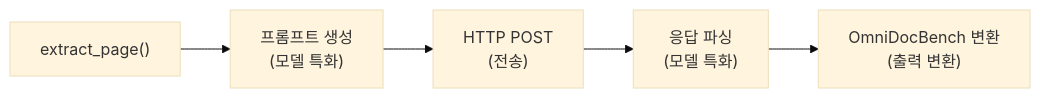
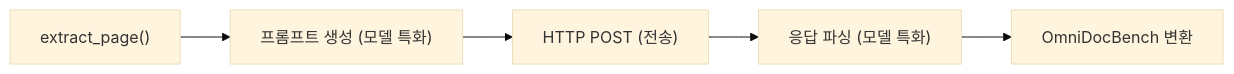
Before and after one commit to appleparan/saegim: the first of 7 diagrams in docs/architecture/docir-architecture.md, drawn with Mermaid (base theme). The commit also changed other lines of this file, not shown here.

First line of the commit message:
docs: fix mermaid node labels for GitHub compatibility

````diff
--- a/docs/architecture/docir-architecture.md
+++ b/docs/architecture/docir-architecture.md
@@ -9,7 +9,7 @@
 ```mermaid
 flowchart LR
-    A["extract_page()"] --> B["프롬프트 생성\n(모델 특화)"]
-    B --> C["HTTP POST\n(전송)"]
-    C --> D["응답 파싱\n(모델 특화)"]
-    D --> E["OmniDocBench 변환\n(출력 변환)"]
+    A["extract_page()"] --> B["프롬프트 생성 (모델 특화)"]
+    B --> C["HTTP POST (전송)"]
+    C --> D["응답 파싱 (모델 특화)"]
+    D --> E["OmniDocBench 변환"]
 ```
````
